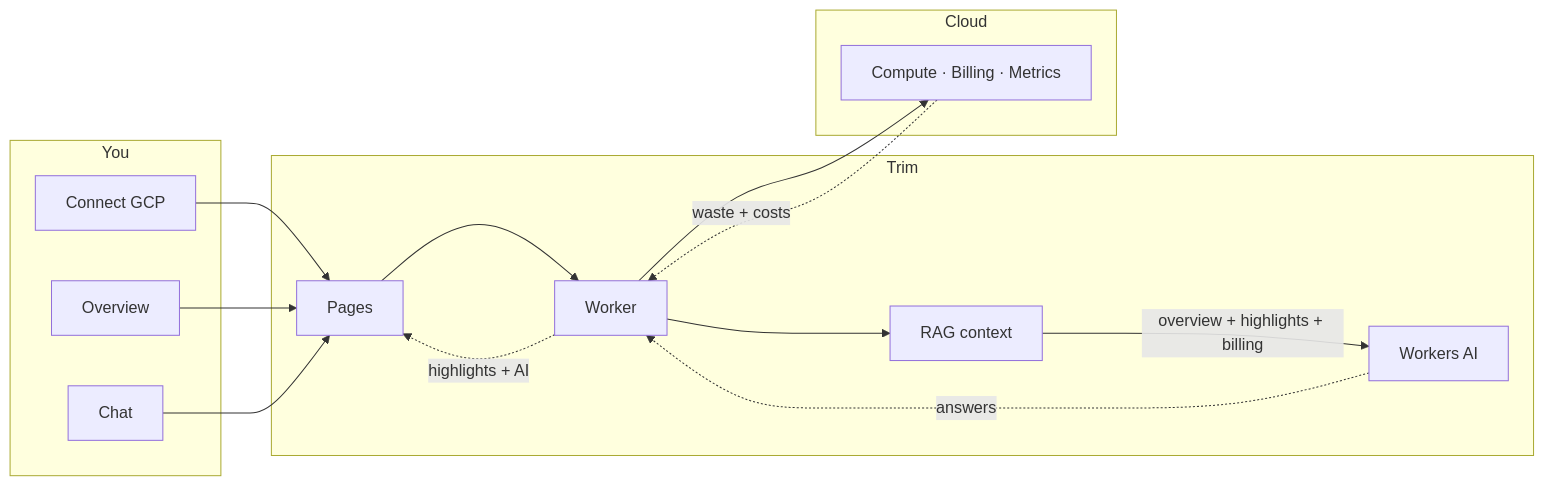
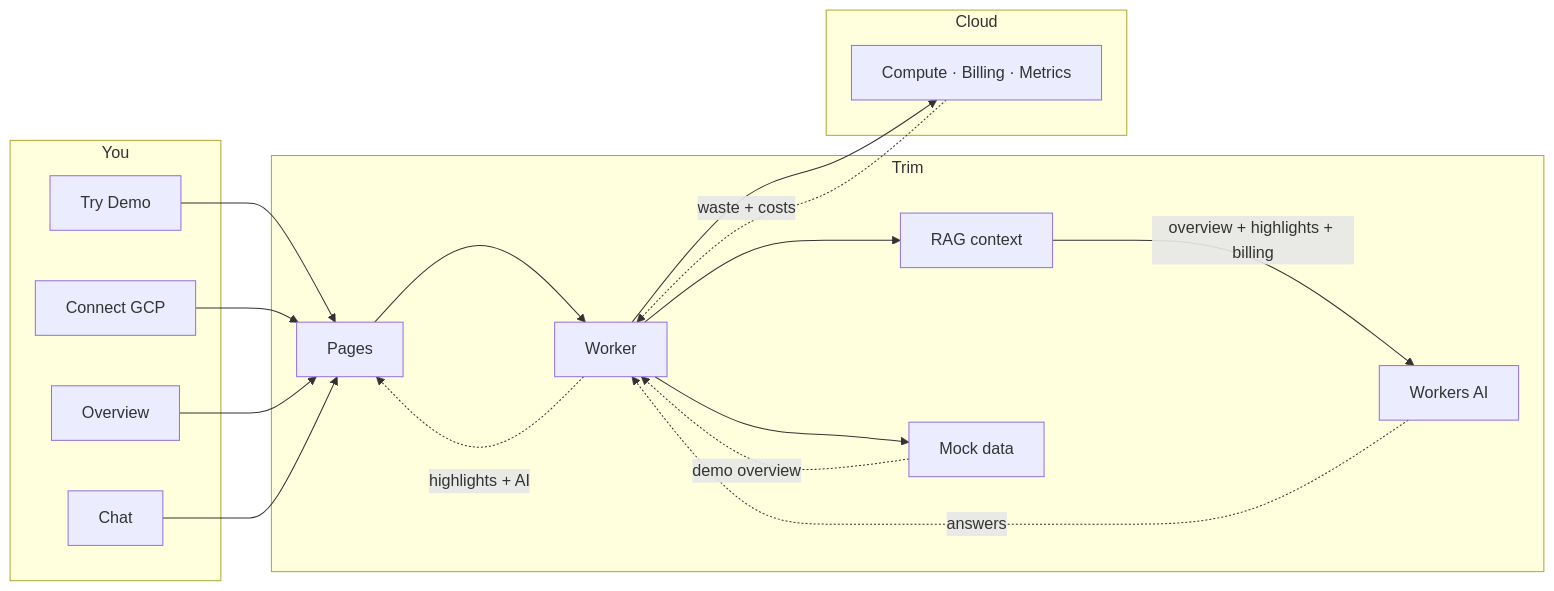
One commit to FabioDiCeglie/Trim-AI changed the diagram in README.md. Above: the diagram before and after it, drawn with Mermaid. The commit also changed other lines of this file, not shown here.

Commit message:
docs: update README.md to highlight demo mode features and mock data usage

````diff
--- a/README.md
+++ b/README.md
@@ -7,27 +7,32 @@
 ```mermaid
 flowchart LR
   subgraph you["You"]
+    Z[Try Demo]
     A[Connect GCP]
     B[Overview]
     C[Chat]
   end
   subgraph trim["Trim"]
     D[Pages]
     E[Worker]
     G[RAG context]
     H[Workers AI]
+    I[Mock data]
   end
   subgraph cloud["Cloud"]
     F[Compute · Billing · Metrics]
   end
+  Z --> D
   A --> D
   B --> D
   C --> D
   D --> E
   E --> F
   F -.->|waste + costs| E
+  E --> I
+  I -.->|demo overview| E
   E --> G
   G -->|overview + highlights + billing| H
   H -.->|answers| E
   E -.->|highlights + AI| D
 ```
````
